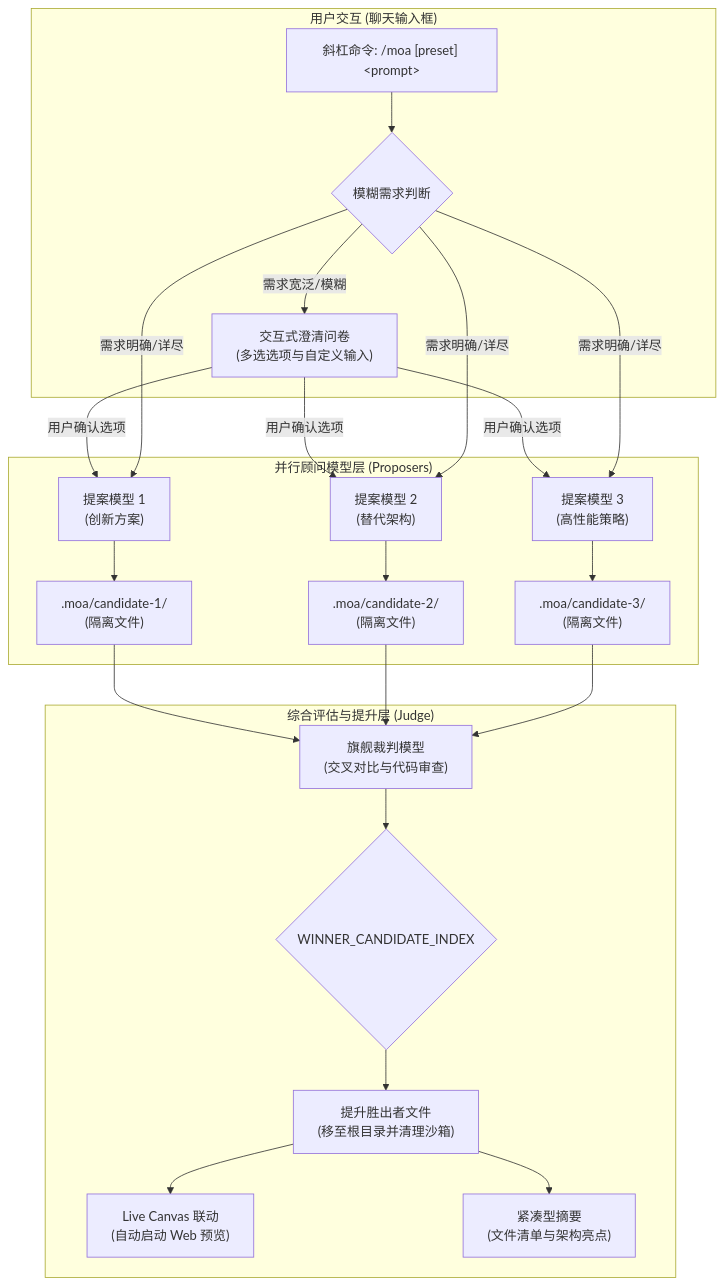
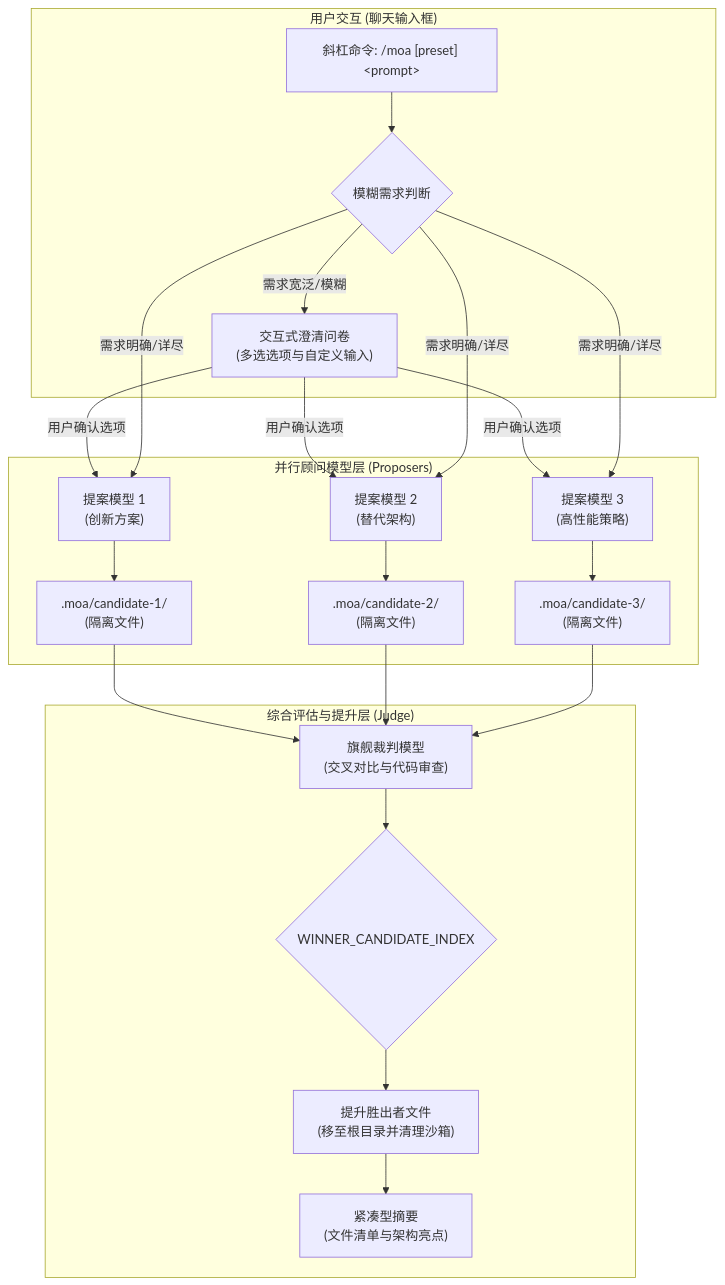
One commit to GooDAnDReaDY/dsh-moa changed the diagram in docs/README.zh.md. Above: the diagram before and after it, drawn with Mermaid. The commit also changed other lines of this file and 5 other files, not shown here.

First line of the commit message:
docs: align READMEx3, DESIGN and AGENTS with the actual schema and behavior

````diff
--- a/docs/README.zh.md
+++ b/docs/README.zh.md
@@ -45,38 +48,36 @@
 ```mermaid
 graph TD
     subgraph Input ["用户交互 (聊天输入框)"]
         Cmd["斜杠命令: /moa [preset] &lt;prompt&gt;"]
         Gate{"模糊需求判断"}
         QModal["交互式澄清问卷<br/>(多选选项与自定义输入)"]
     end
 
     subgraph Proposers ["并行顾问模型层 (Proposers)"]
         P1["提案模型 1<br/>(创新方案)"]
         P2["提案模型 2<br/>(替代架构)"]
         P3["提案模型 3<br/>(高性能策略)"]
         WS1[".moa/candidate-1/<br/>(隔离文件)"]
         WS2[".moa/candidate-2/<br/>(隔离文件)"]
         WS3[".moa/candidate-3/<br/>(隔离文件)"]
     end
 
     subgraph Judge ["综合评估与提升层 (Judge)"]
         Aggregator["旗舰裁判模型<br/>(交叉对比与代码审查)"]
         WinnerMarker{"WINNER_CANDIDATE_INDEX"}
         Promote["提升胜出者文件<br/>(移至根目录并清理沙箱)"]
-        LiveCanvas["Live Canvas 联动<br/>(自动启动 Web 预览)"]
         Summary["紧凑型摘要<br/>(文件清单与架构亮点)"]
     end
 
     Cmd --> Gate
     Gate -->|需求宽泛/模糊| QModal
     QModal -->|用户确认选项| P1 & P2 & P3
     Gate -->|需求明确/详尽| P1 & P2 & P3
     P1 --> WS1
     P2 --> WS2
     P3 --> WS3
     WS1 & WS2 & WS3 --> Aggregator
     Aggregator --> WinnerMarker
     WinnerMarker --> Promote
-    Promote --> LiveCanvas
     Promote --> Summary
 ```
````
